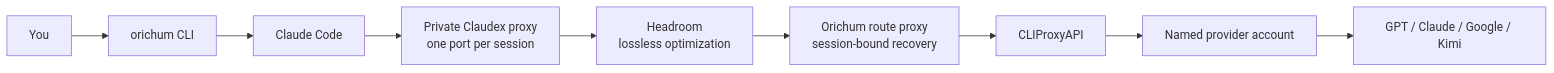
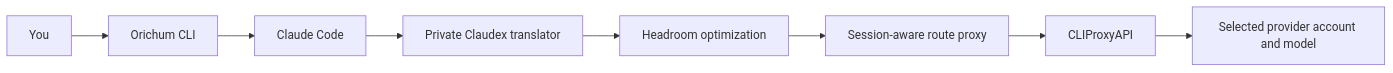
One commit to orichum/claudex-workflow changed the diagram in README.md. Above: the diagram before and after it, drawn with Mermaid. The commit also changed other lines of this file and 17 other files, not shown here.

````diff
--- a/README.md
+++ b/README.md
@@ -310,11 +71,10 @@
 ```mermaid
 flowchart LR
-    U["You"] --> O["orichum CLI"]
+    U["You"] --> O["Orichum CLI"]
     O --> C["Claude Code"]
-    C --> X["Private Claudex proxy<br/>one port per session"]
-    X --> H["Headroom<br/>lossless optimization"]
-    H --> R["Orichum route proxy<br/>session-bound recovery"]
+    C --> X["Private Claudex translator"]
+    X --> H["Headroom optimization"]
+    H --> R["Session-aware route proxy"]
     R --> P["CLIProxyAPI"]
-    P --> A["Named provider account"]
-    A --> M["GPT / Claude / Google / Kimi"]
+    P --> M["Selected provider account and model"]
 ```
````
